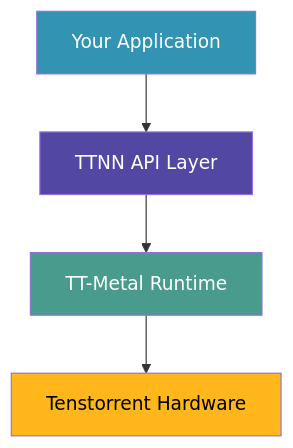
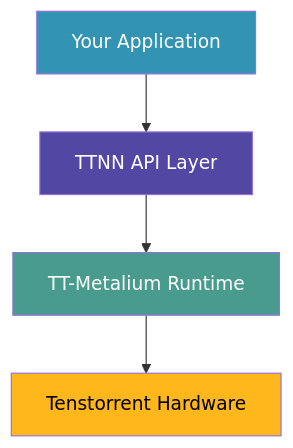
Before and after one commit to tenstorrent/tt-vscode-toolkit: the first of 4 diagrams in docs/MERMAID_EXAMPLES.md, drawn with Mermaid. The commit also changed other lines of this file and 95 other files, not shown here.

````diff
--- a/docs/MERMAID_EXAMPLES.md
+++ b/docs/MERMAID_EXAMPLES.md
@@ -22,16 +22,16 @@
 ```mermaid
 graph TB
     App[Your Application]
     TTNN[TTNN API Layer]
-    TTMetal[TT-Metal Runtime]
+    TTMetal[TT-Metalium Runtime]
     Hardware[Tenstorrent Hardware]
 
     App --> TTNN
     TTNN --> TTMetal
     TTMetal --> Hardware
 
     style App fill:#3293b2,color:#fff
     style TTNN fill:#5347a4,color:#fff
     style TTMetal fill:#499c8d,color:#fff
     style Hardware fill:#ffb71b,color:#000
 ```
````
